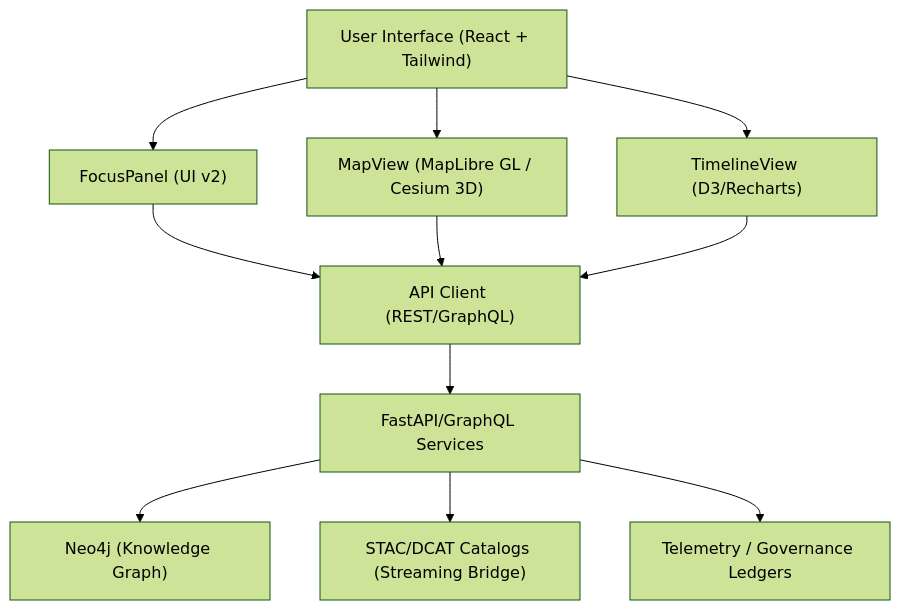
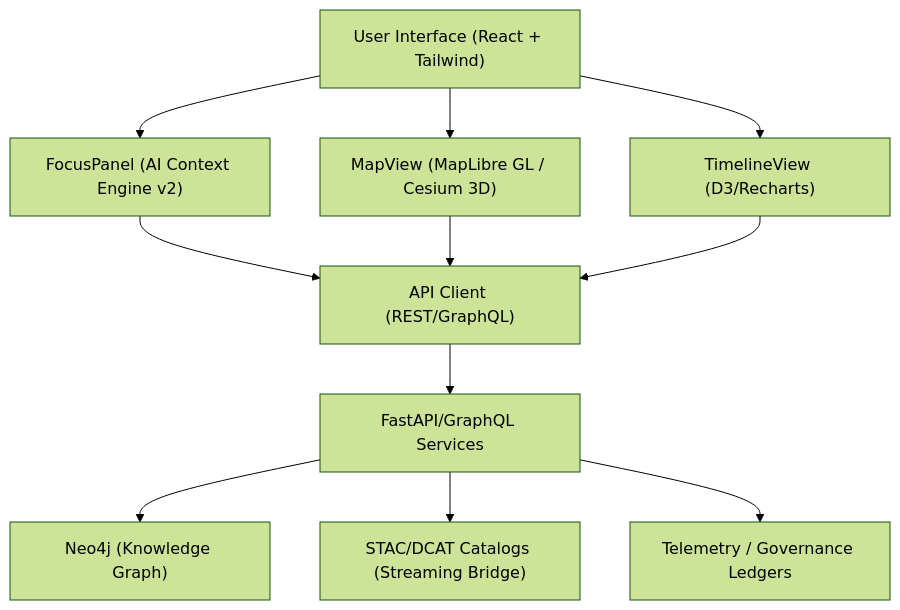
One commit to bartytime4life/Kansas-Frontier-Matrix changed the diagram in web/README.md. Above: the diagram before and after it, drawn with Mermaid (forest theme). The commit also changed other lines of this file, not shown here.

````diff
--- a/web/README.md
+++ b/web/README.md
@@ -76,13 +76,13 @@
 ```mermaid
 flowchart TD
-A["User Interface (React + Tailwind)"] --> B["FocusPanel (UI v2)"]
+A["User Interface (React + Tailwind)"] --> B["FocusPanel (AI Context Engine v2)"]
 A --> C["MapView (MapLibre GL / Cesium 3D)"]
 A --> D["TimelineView (D3/Recharts)"]
 B --> E["API Client (REST/GraphQL)"]
 C --> E
 D --> E
 E --> F["FastAPI/GraphQL Services"]
 F --> G["Neo4j (Knowledge Graph)"]
 F --> H["STAC/DCAT Catalogs (Streaming Bridge)"]
 F --> I["Telemetry / Governance Ledgers"]
 ```
````
